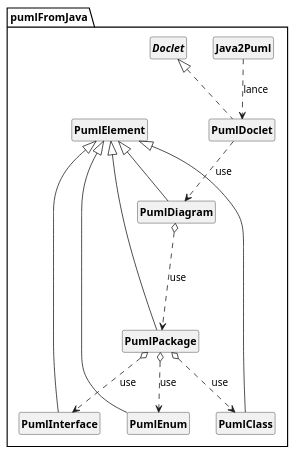
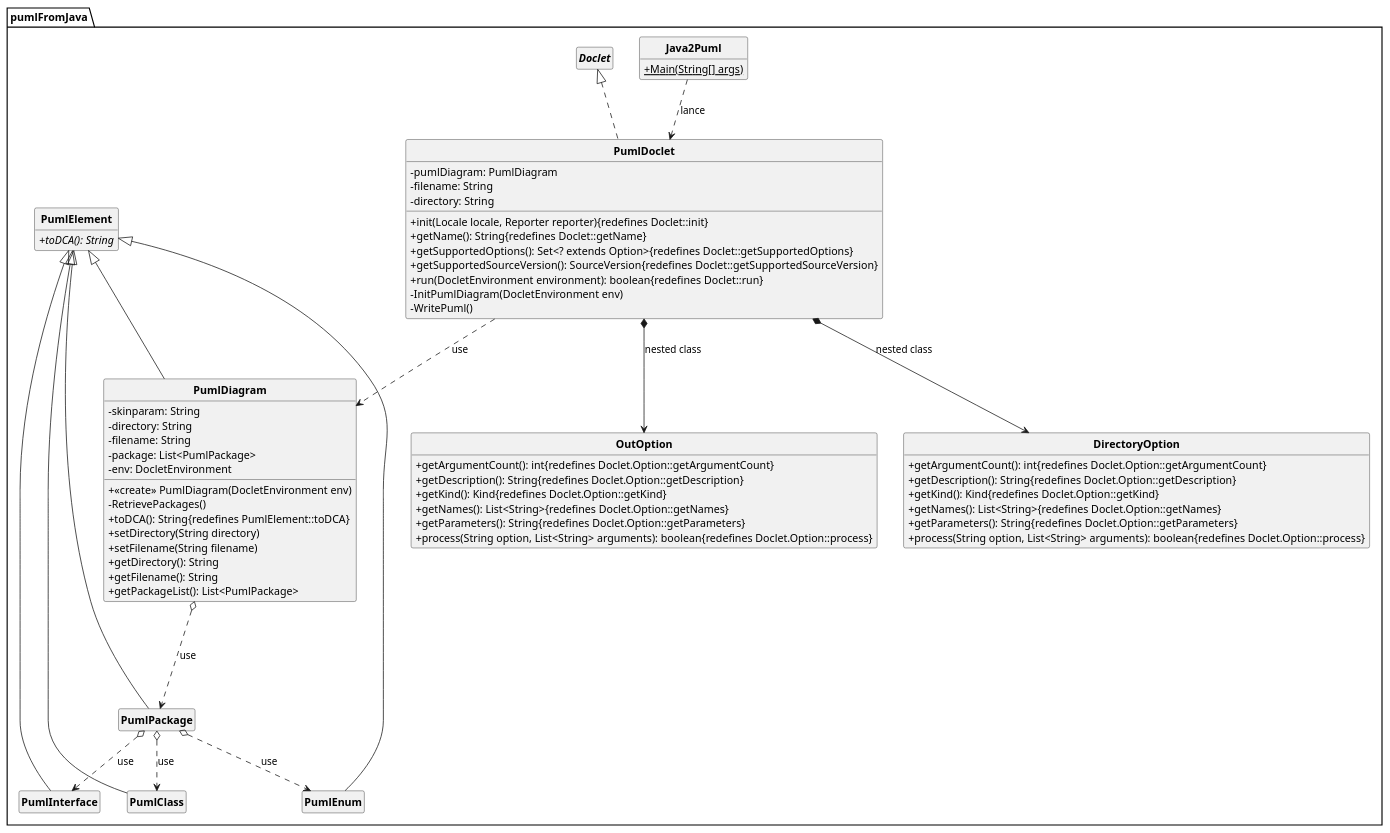
Before and after one commit to Lykomonix/API-JAVAtoPUML: the diagram in uml/DCC API.puml, drawn with PlantUML. The commit also changed 5 other files, not shown here.

```diff
--- a/uml/DCC API.puml
+++ b/uml/DCC API.puml
@@ -1,50 +1,98 @@
 @startuml
 
 skinparam style strictuml
 skinparam classAttributeIconSize 0
 skinparam classFontStyle Bold
 hide empty members
 
 Package "pumlFromJava" {
 
 class Java2Puml
 {
+    + {static} Main(String[] args)
 }
 
 class PumlDoclet implements Doclet
 {
+    -pumlDiagram: PumlDiagram
+    -filename: String
+    -directory: String
+    + init(Locale locale, Reporter reporter){redefines Doclet::init}
+    + getName(): String{redefines Doclet::getName}
+    + getSupportedOptions(): Set<? extends Option>{redefines Doclet::getSupportedOptions}
+    + getSupportedSourceVersion(): SourceVersion{redefines Doclet::getSupportedSourceVersion}
+    + run(DocletEnvironment environment): boolean{redefines Doclet::run}
+    - InitPumlDiagram(DocletEnvironment env)
+    - WritePuml()
+}
+
+class OutOption implements Doclet.Option
+{
+    + getArgumentCount(): int{redefines Doclet.Option::getArgumentCount}
+    + getDescription(): String{redefines Doclet.Option::getDescription}
+    + getKind(): Kind{redefines Doclet.Option::getKind}
+    + getNames(): List<String>{redefines Doclet.Option::getNames}
+    + getParameters(): String{redefines Doclet.Option::getParameters}
+    + process(String option, List<String> arguments): boolean{redefines Doclet.Option::process}
+}
+
+class DirectoryOption implements Doclet.Option
+{
+    + getArgumentCount(): int{redefines Doclet.Option::getArgumentCount}
+    + getDescription(): String{redefines Doclet.Option::getDescription}
+    + getKind(): Kind{redefines Doclet.Option::getKind}
+    + getNames(): List<String>{redefines Doclet.Option::getNames}
+    + getParameters(): String{redefines Doclet.Option::getParameters}
+    + process(String option, List<String> arguments): boolean{redefines Doclet.Option::process}
+
 }
 
 class PumlElement
 {
+    +toDCA(): String{abstract}
 }
 
 class PumlDiagram extends PumlElement
 {
+    - skinparam: String
+    - directory: String
+    - filename: String
+    - package: List<PumlPackage>
+    - env: DocletEnvironment
+    + <<create>> PumlDiagram(DocletEnvironment env)
+    - RetrievePackages()
+    + toDCA(): String{redefines PumlElement::toDCA}
+    + setDirectory(String directory)
+    + setFilename(String filename)
+    + getDirectory(): String
+    + getFilename(): String
+    + getPackageList(): List<PumlPackage>
 }
 
 class PumlClass extends PumlElement
 {
 }
 
 class PumlEnum extends PumlElement
 {
 }
 
 class PumlInterface extends PumlElement
 {
 }
 
 class PumlPackage extends PumlElement
 {
 }
 
 PumlDoclet ..> PumlDiagram : use
 Java2Puml ..> PumlDoclet : lance
 PumlDiagram o...> PumlPackage : use
 PumlPackage o..> PumlClass : use
 PumlPackage o..> PumlInterface : use
 PumlPackage o..> PumlEnum : use
+PumlDoclet *--> OutOption : nested class
+PumlDoclet *--> DirectoryOption : nested class
 }
 
 @enduml
```
